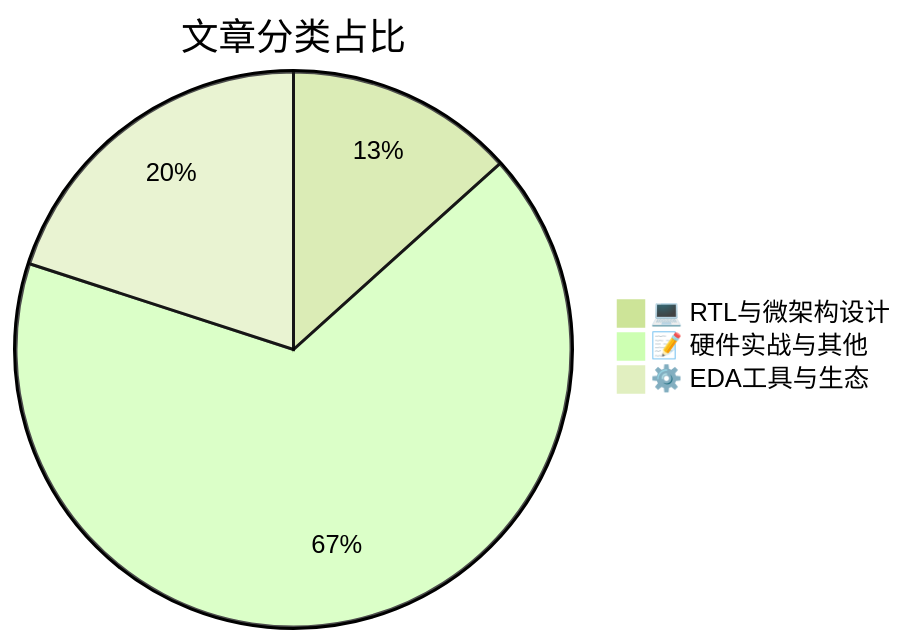
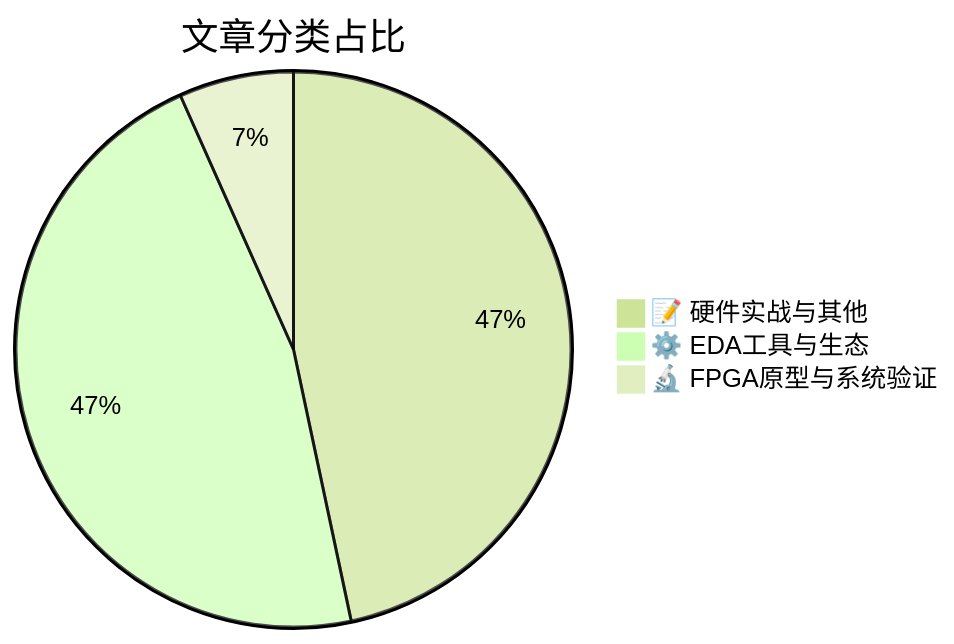
Before and after one commit to casparlin/fpga-daily-digest: the diagram in public/digest.md, drawn with Mermaid (forest theme). The commit also changed other lines of this file and 1 other file, not shown here.

````diff
--- a/public/digest.md
+++ b/public/digest.md
@@ -41,6 +43,6 @@
 ```mermaid
 pie title 文章分类占比
-  "💻 RTL与微架构设计" : 2
-  "📝 硬件实战与其他" : 10
-  "⚙️ EDA工具与生态" : 3
+  "📝 硬件实战与其他" : 7
+  "⚙️ EDA工具与生态" : 7
+  "🔬 FPGA原型与系统验证" : 1
 ```
````
